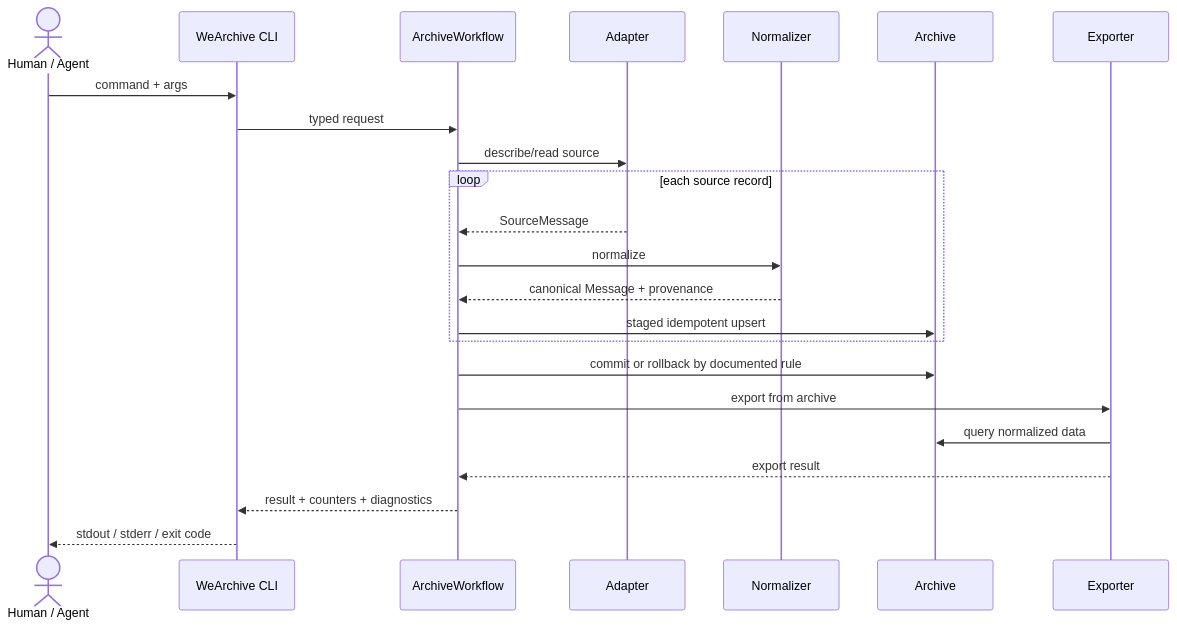
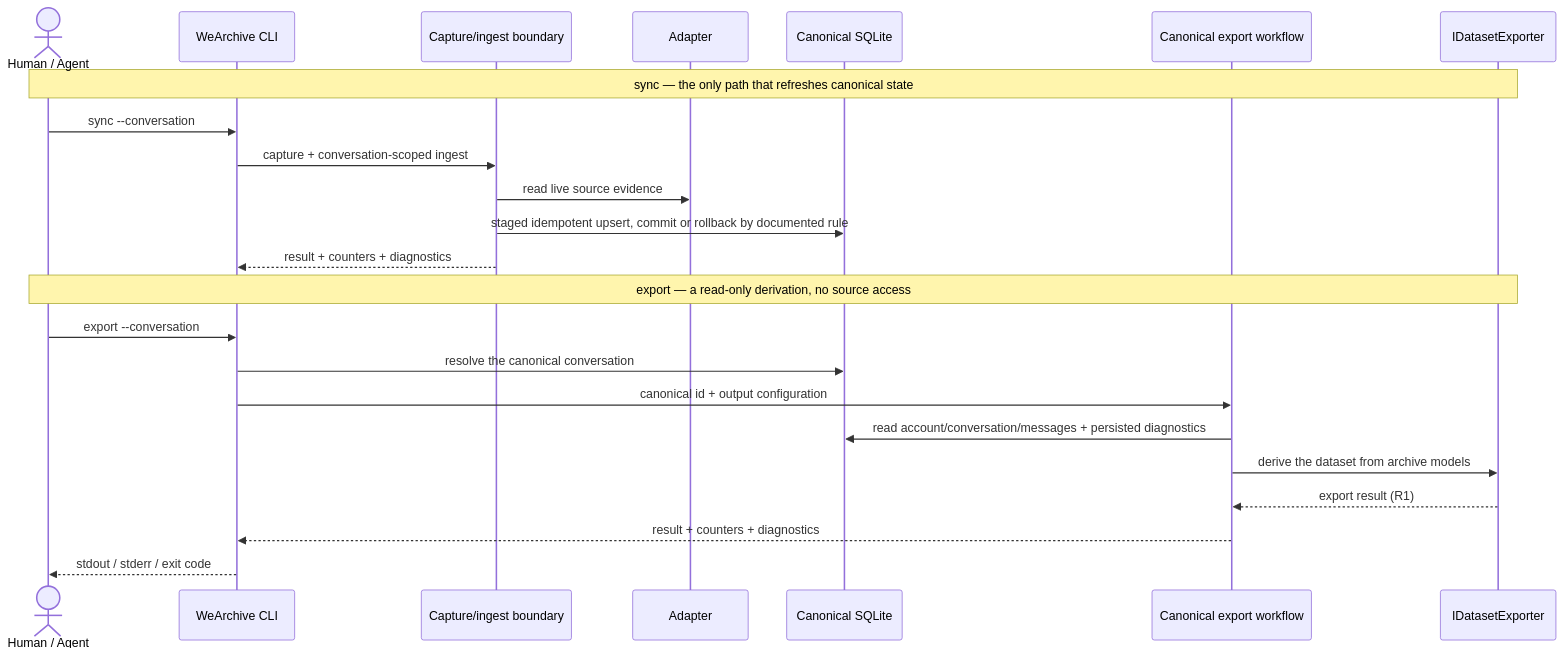
Before and after one commit to lybym/WeArchive: the second of 2 diagrams in docs/ARCHITECTURE.md, drawn with Mermaid. The commit also changed other lines of this file and 21 other files, not shown here.

First line of the commit message:
feat: make export canonical-archive-only and fully offline (#68)

````diff
--- a/docs/ARCHITECTURE.md
+++ b/docs/ARCHITECTURE.md
@@ -477,26 +482,27 @@
 ```mermaid
 sequenceDiagram
     actor Caller as Human / Agent
     participant CLI as WeArchive CLI
-    participant Workflow as ArchiveWorkflow
+    participant Sync as Capture/ingest boundary
     participant Adapter
-    participant Normalizer
-    participant Archive
-    participant Exporter
+    participant Archive as Canonical SQLite
+    participant Export as Canonical export workflow
+    participant Exporter as IDatasetExporter
 
-    Caller->>CLI: command + args
-    CLI->>Workflow: typed request
-    Workflow->>Adapter: describe/read source
-    loop each source record
-        Adapter-->>Workflow: SourceMessage
-        Workflow->>Normalizer: normalize
-        Normalizer-->>Workflow: canonical Message + provenance
-        Workflow->>Archive: staged idempotent upsert
-    end
-    Workflow->>Archive: commit or rollback by documented rule
-    Workflow->>Exporter: export from archive
-    Exporter->>Archive: query normalized data
-    Exporter-->>Workflow: export result
-    Workflow-->>CLI: result + counters + diagnostics
+    Note over Caller,Exporter: sync — the only path that refreshes canonical state
+    Caller->>CLI: sync --conversation
+    CLI->>Sync: capture + conversation-scoped ingest
+    Sync->>Adapter: read live source evidence
+    Sync->>Archive: staged idempotent upsert, commit or rollback by documented rule
+    Sync-->>CLI: result + counters + diagnostics
+
+    Note over Caller,Exporter: export — a read-only derivation, no source access
+    Caller->>CLI: export --conversation
+    CLI->>Archive: resolve the canonical conversation
+    CLI->>Export: canonical id + output configuration
+    Export->>Archive: read account/conversation/messages + persisted diagnostics
+    Export->>Exporter: derive the dataset from archive models
+    Exporter-->>Export: export result (R1)
+    Export-->>CLI: result + counters + diagnostics
     CLI-->>Caller: stdout / stderr / exit code
 ```
````
